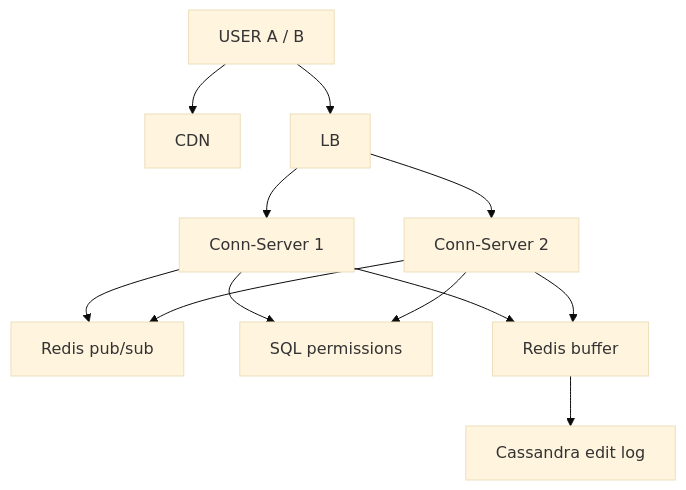
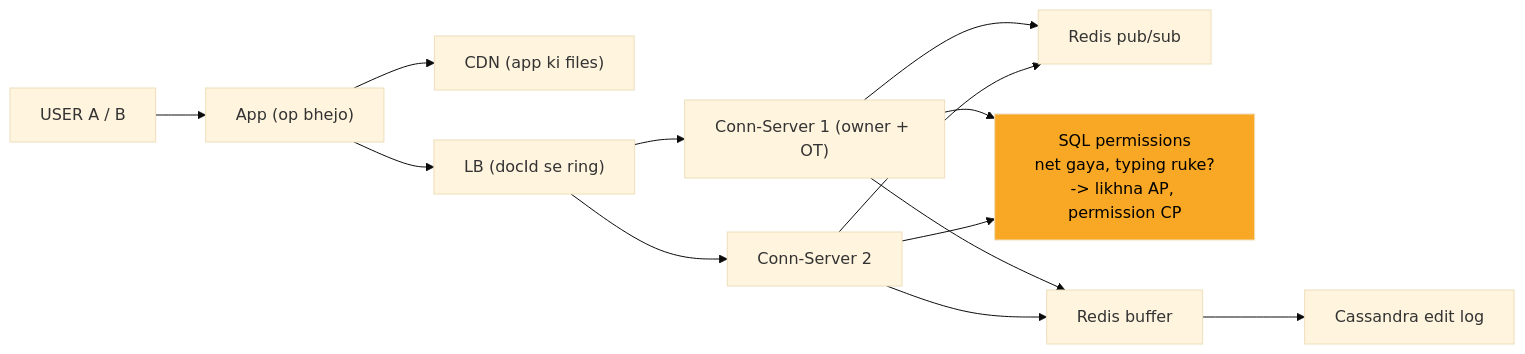
The eighth of 10 diagrams in 04_HLD/SYSTEM_DESIGNS/11_google_docs_collab/11_google_docs_collab.md (ArpanMaheshwari144/Prep), drawn with Mermaid (base theme) before and after one commit. The commit also changed other lines of this file and 2 other files, not shown here.

Commit message:
docs, kafka, banking: one-day story, short cards, follow-ups with rules, highlighted diagrams

````diff
--- a/04_HLD/SYSTEM_DESIGNS/11_google_docs_collab/11_google_docs_collab.md
+++ b/04_HLD/SYSTEM_DESIGNS/11_google_docs_collab/11_google_docs_collab.md
@@ -312,23 +275,26 @@
 ```mermaid
-flowchart TD
-    n_USER_A_B["USER A / B"]
-    n_CDN["CDN"]
-    n_LB["LB"]
-    n_Conn_Server_x_N_1["Conn-Server 1"]
-    n_Conn_Server_x_N_2["Conn-Server 2"]
-    n_Redis_pub_sub["Redis pub/sub"]
-    n_SQL_permissions["SQL permissions"]
-    n_Redis_buffer["Redis buffer"]
-    n_Cassandra_edit_log["Cassandra edit log"]
-    n_USER_A_B --> n_CDN
-    n_USER_A_B --> n_LB
-    n_LB --> n_Conn_Server_x_N_1
-    n_LB --> n_Conn_Server_x_N_2
-    n_Conn_Server_x_N_1 --> n_Redis_pub_sub
-    n_Conn_Server_x_N_2 --> n_Redis_pub_sub
-    n_Conn_Server_x_N_1 --> n_Redis_buffer
-    n_Conn_Server_x_N_2 --> n_Redis_buffer
-    n_Conn_Server_x_N_1 --> n_SQL_permissions
-    n_Conn_Server_x_N_2 --> n_SQL_permissions
-    n_Redis_buffer --> n_Cassandra_edit_log
+flowchart LR
+    n_USER["USER A / B"]
+    n_App["App (op bhejo)"]
+    n_CDN["CDN (app ki files)"]
+    n_LB["LB (docId se ring)"]
+    n_CS1["Conn-Server 1 (owner + OT)"]
+    n_CS2["Conn-Server 2"]
+    n_PS["Redis pub/sub"]
+    n_SQL["SQL permissions<br/>net gaya, typing ruke?<br/>-> likhna AP, permission CP"]
+    n_BUF["Redis buffer"]
+    n_CAS["Cassandra edit log"]
+    n_USER --> n_App
+    n_App --> n_CDN
+    n_App --> n_LB
+    n_LB --> n_CS1
+    n_LB --> n_CS2
+    n_CS1 --> n_PS
+    n_CS2 --> n_PS
+    n_CS1 --> n_BUF
+    n_CS2 --> n_BUF
+    n_CS1 --> n_SQL
+    n_CS2 --> n_SQL
+    n_BUF --> n_CAS
+    style n_SQL fill:#f9a825,color:#000
 ```
````
